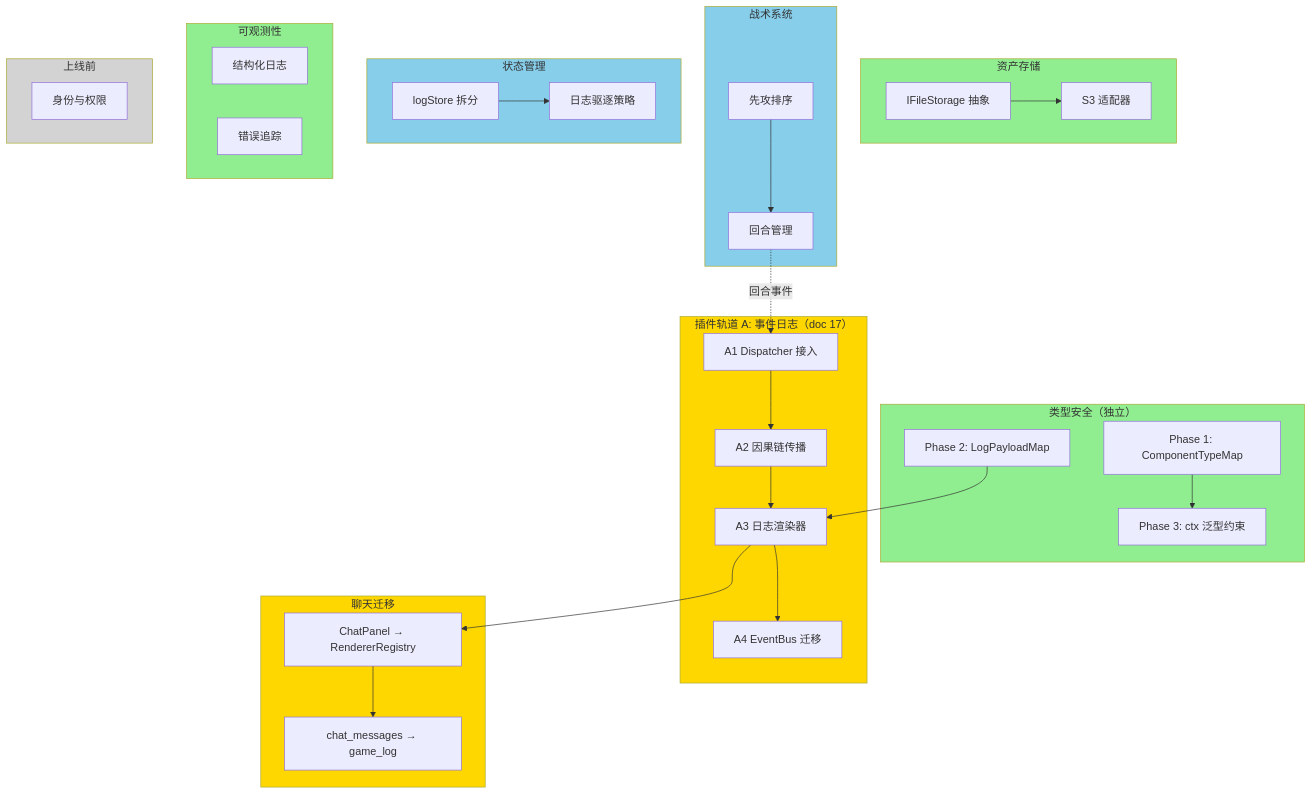
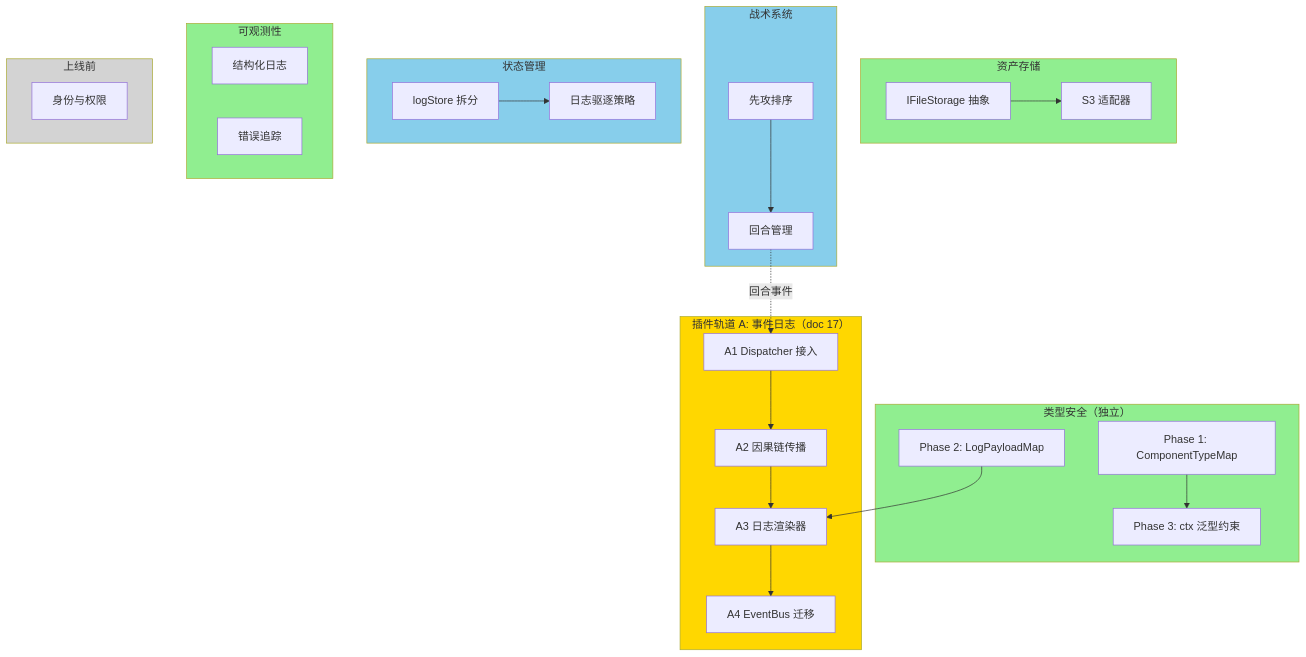
The sixth of 7 diagrams in docs/design/18-系统架构现状与演进分析.md (RidRisR/myVTT), drawn with Mermaid before and after one commit. The commit also changed other lines of this file and 11 other files, not shown here.

````diff
--- a/docs/design/18-系统架构现状与演进分析.md
+++ b/docs/design/18-系统架构现状与演进分析.md
@@ -658,65 +653,57 @@
 ```mermaid
 graph TD
     subgraph TypeSafety["类型安全（独立）"]
         TS1["Phase 1: ComponentTypeMap"]
         TS2["Phase 2: LogPayloadMap"]
         TS3["Phase 3: ctx 泛型约束"]
     end
 
     subgraph PluginTrackA["插件轨道 A: 事件日志（doc 17）"]
         A1["A1 Dispatcher 接入"]
         A2["A2 因果链传播"]
         A3["A3 日志渲染器"]
         A4["A4 EventBus 迁移"]
-    end
-
-    subgraph ChatMigration["聊天迁移"]
-        CHAT["ChatPanel → RendererRegistry"]
-        CHATDB["chat_messages → game_log"]
     end
 
     subgraph AssetStorage["资产存储"]
         AABS["IFileStorage 抽象"]
         AS3["S3 适配器"]
     end
 
     subgraph Tactical["战术系统"]
         INIT["先攻排序"]
         ROUND["回合管理"]
     end
 
     subgraph StateMgmt["状态管理"]
         LSPLIT["logStore 拆分"]
         LEVICT["日志驱逐策略"]
     end
 
     subgraph Observability["可观测性"]
         OLOG["结构化日志"]
         OERR["错误追踪"]
     end
 
     subgraph PreLaunch["上线前"]
         AUTH["身份与权限"]
     end
 
     %% 依赖关系
     TS1 --> TS3
     TS2 --> A3
     A1 --> A2 --> A3 --> A4
-    A3 --> CHAT
-    CHAT --> CHATDB
     LSPLIT --> LEVICT
     INIT --> ROUND
     ROUND -.->|"回合事件"| A1
     AABS --> AS3
 
     %% 独立性标注
     style TypeSafety fill:#90EE90
     style AssetStorage fill:#90EE90
     style Observability fill:#90EE90
     style StateMgmt fill:#87CEEB
     style Tactical fill:#87CEEB
-    style ChatMigration fill:#FFD700
     style PluginTrackA fill:#FFD700
     style PreLaunch fill:#D3D3D3
 ```
````
